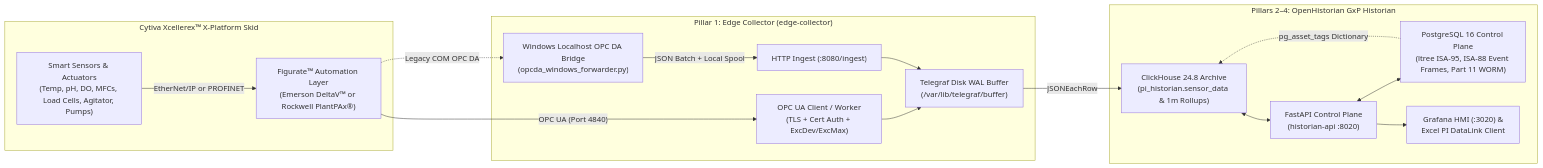
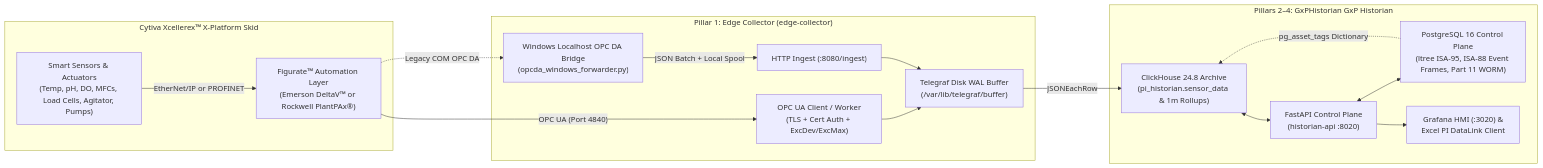
Before and after one commit to saram-io/gxp-historian: the diagram in docs-site/src/content/docs/biopharma-integration/xcellerex-x-platform.md, drawn with Mermaid. The commit also changed other lines of this file and 110 other files, not shown here.

````diff
--- a/docs-site/src/content/docs/biopharma-integration/xcellerex-x-platform.md
+++ b/docs-site/src/content/docs/biopharma-integration/xcellerex-x-platform.md
@@ -19,31 +53,31 @@
 ```mermaid
 flowchart LR
   subgraph Skid["Cytiva Xcellerex™ X-Platform Skid"]
     IO["Smart Sensors & Actuators\n(Temp, pH, DO, MFCs, Load Cells, Agitator, Pumps)"]
     FIG["Figurate™ Automation Layer\n(Emerson DeltaV™ or Rockwell PlantPAx®)"]
     IO -->|"EtherNet/IP or PROFINET"| FIG
   end
 
   subgraph Edge["Pillar 1: Edge Collector (edge-collector)"]
     OPCUA["OPC UA Client / Worker\n(TLS + Cert Auth + ExcDev/ExcMax)"]
     OPCDA["Windows Localhost OPC DA Bridge\n(opcda_windows_forwarder.py)"]
     ING["HTTP Ingest (:8080/ingest)"]
     WAL["Telegraf Disk WAL Buffer\n(/var/lib/telegraf/buffer)"]
     OPCUA --> WAL
     OPCDA -->|"JSON Batch + Local Spool"| ING --> WAL
   end
 
-  subgraph Core["Pillars 2–4: OpenHistorian GxP Historian"]
+  subgraph Core["Pillars 2–4: GxPHistorian GxP Historian"]
     CH["ClickHouse 24.8 Archive\n(pi_historian.sensor_data & 1m Rollups)"]
     PG["PostgreSQL 16 Control Plane\n(ltree ISA-95, ISA-88 Event Frames, Part 11 WORM)"]
     API["FastAPI Control Plane\n(historian-api :8020)"]
     HMI["Grafana HMI (:3020) &\nExcel PI DataLink Client"]
   end
 
   FIG -->|"OPC UA (Port 4840)"| OPCUA
   FIG -.->|"Legacy COM OPC DA"| OPCDA
   WAL -->|"JSONEachRow"| CH
   PG -.->|"pg_asset_tags Dictionary"| CH
   CH <--> API <--> PG
   API --> HMI
 ```
````
